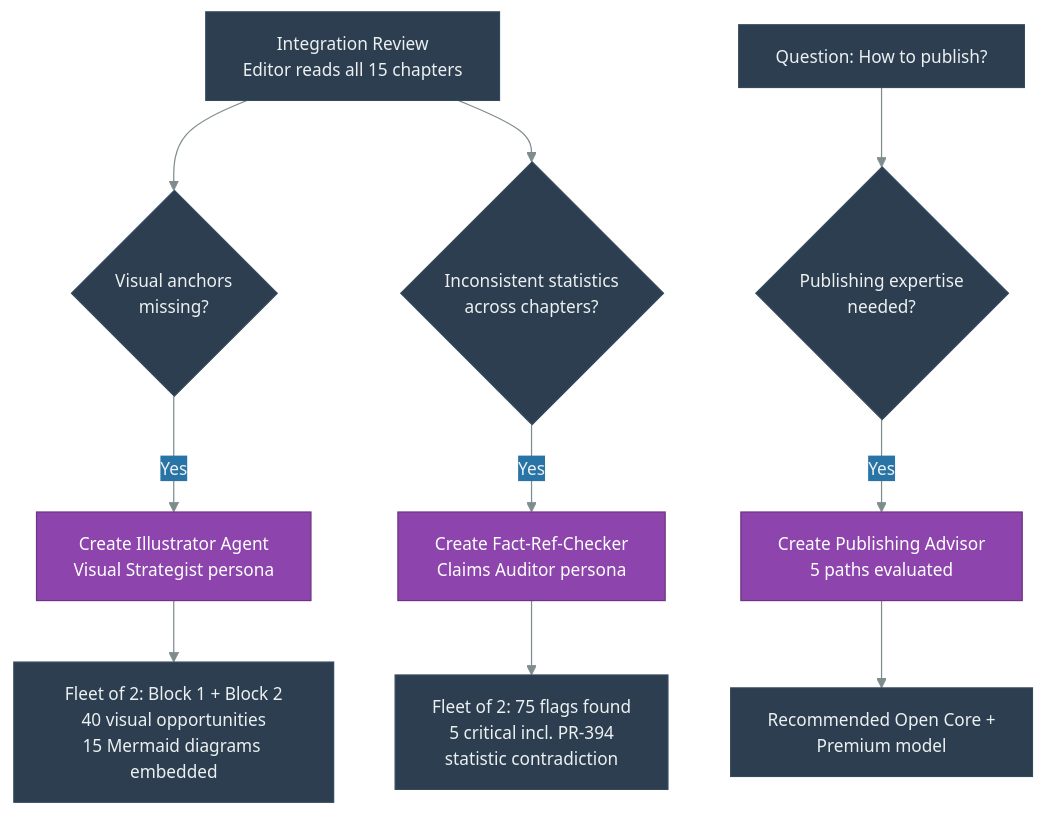
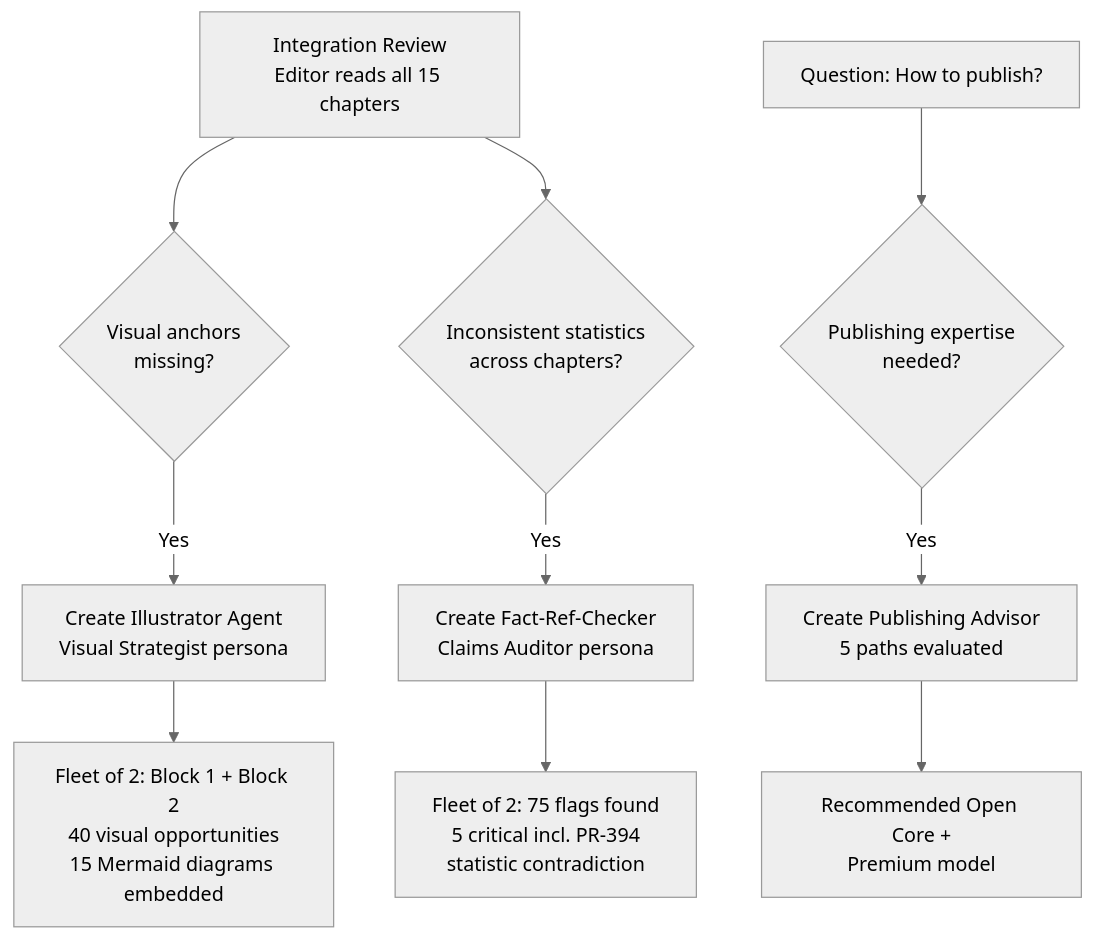
Before and after one commit to danielmeppiel/agentic-sdlc-handbook: the fourth of 4 diagrams in case-study-handbook-writing.qmd, drawn with Mermaid. The commit also changed other lines of this file and 15 other files, not shown here.

First line of the commit message:
fix: strip custom colors, use Mermaid neutral theme for clean diagrams

````diff
--- a/case-study-handbook-writing.qmd
+++ b/case-study-handbook-writing.qmd
@@ -179,23 +175,20 @@
 ```{mermaid}
 %%| fig-width: 4.5
 %%| fig-cap: "Dynamic persona creation in response to process gaps"
 %%| fig-alt: "Flowchart showing three process gaps that triggered dynamic persona creation. First path: Integration Review where editor reads all 15 chapters leads to a decision node asking if visual anchors are missing. Yes leads to creating the Illustrator Agent (Visual Strategist persona), which produces a fleet of 2 agents finding 40 visual opportunities and embedding 15 Mermaid diagrams. Second path: Integration Review leads to a decision node asking if inconsistent statistics exist across chapters. Yes leads to creating the Fact-Ref-Checker (Claims Auditor persona), which produces a fleet of 2 agents finding 75 flags including 5 critical ones. Third path: The question 'How to publish?' leads to a decision node asking if publishing expertise is needed. Yes leads to creating the Publishing Advisor, which evaluates 5 paths and recommends Open Core plus Premium model."
 %%| label: fig-cs-dynamic-personas
-%%{init: {'theme': 'base', 'themeVariables': {'primaryColor': '#2c3e50', 'primaryTextColor': '#ecf0f1', 'primaryBorderColor': '#34495e', 'lineColor': '#7f8c8d', 'secondaryColor': '#2874a6', 'tertiaryColor': '#ecf0f1', 'fontSize': '14px'}}}%%
+%%{init: {'theme': 'neutral'}}%%
 flowchart TD
     A[Integration Review<br/>Editor reads all 15 chapters] --> B{Visual anchors<br/>missing?}
     B -->|Yes| C[Create Illustrator Agent<br/>Visual Strategist persona]
     C --> D[Fleet of 2: Block 1 + Block 2<br/>40 visual opportunities<br/>15 Mermaid diagrams embedded]
 
     A --> E{Inconsistent statistics<br/>across chapters?}
     E -->|Yes| F[Create Fact-Ref-Checker<br/>Claims Auditor persona]
     F --> G[Fleet of 2: 75 flags found<br/>5 critical incl. PR-394<br/>statistic contradiction]
 
     H[Question: How to publish?] --> I{Publishing expertise<br/>needed?}
     I -->|Yes| J[Create Publishing Advisor<br/>5 paths evaluated]
     J --> K[Recommended Open Core +<br/>Premium model]
 
-    style C fill:#8e44ad,stroke:#6c3483,color:#fff
-    style F fill:#8e44ad,stroke:#6c3483,color:#fff
-    style J fill:#8e44ad,stroke:#6c3483,color:#fff
 ```
````
